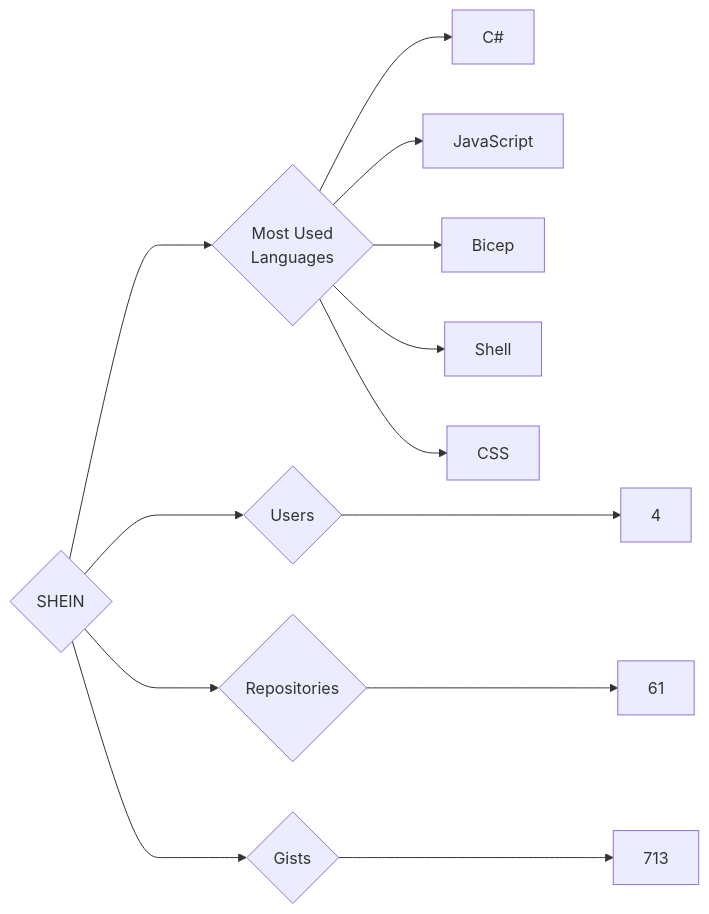
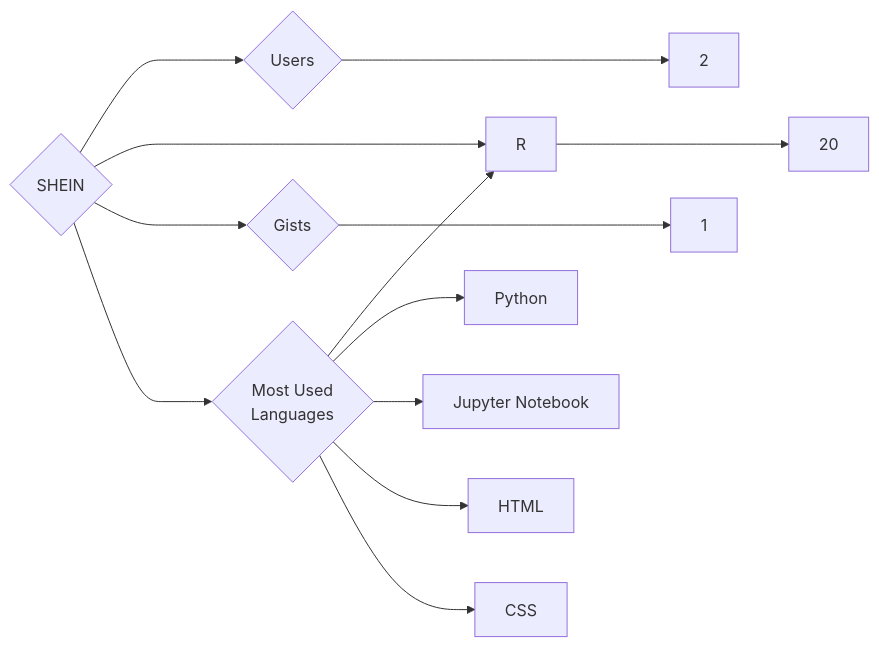
One commit to trickest/insiders changed the diagram in targets/SHEIN/README.md. Above: the diagram before and after it, drawn with Mermaid. The commit also changed 1484 other files, not shown here.

````diff
--- a/targets/SHEIN/README.md
+++ b/targets/SHEIN/README.md
@@ -3,13 +3,13 @@
 ```mermaid
 graph LR
 COMPANY_NAME{SHEIN}
-COMPANY_NAME ---> U{Users} ---> UN[4]
-COMPANY_NAME ---> R{Repositories} ---> RN[61]
-COMPANY_NAME ---> G{Gists} ---> GN[713]
+COMPANY_NAME ---> U{Users} ---> UN[2]
+COMPANY_NAME ---> R{Repositories} ---> RN[20]
+COMPANY_NAME ---> G{Gists} ---> GN[1]
 COMPANY_NAME ---> ML{Most Used<br>Languages}
-ML --> C#[C#]
-ML --> JavaScript[JavaScript]
-ML --> Bicep[Bicep]
-ML --> Shell[Shell]
+ML --> R[R]
+ML --> Python[Python]
+ML --> Jupyter_Notebook[Jupyter Notebook]
+ML --> HTML[HTML]
 ML --> CSS[CSS]
 ```
````
